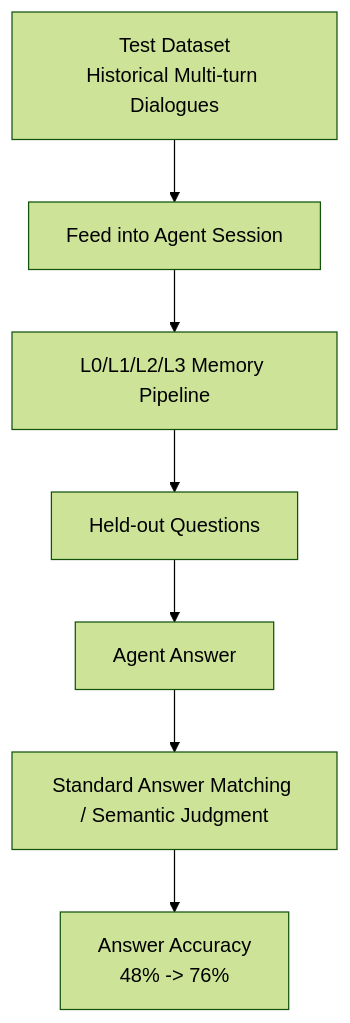
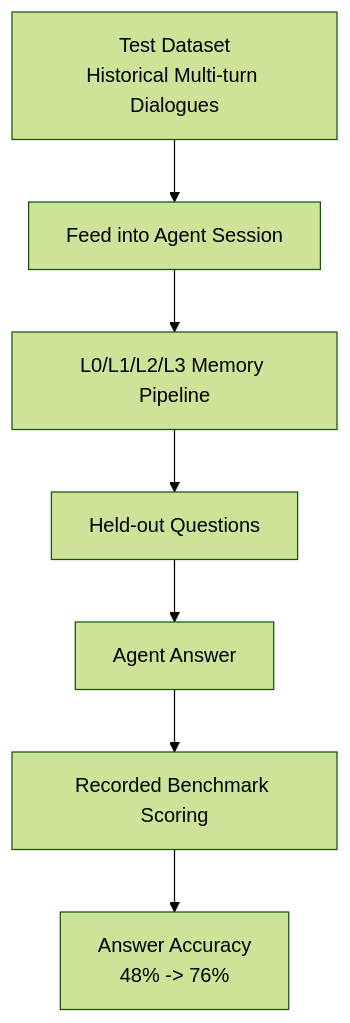
The fifth of 20 diagrams in 问题/05-英文面试/三项目与Agent系统设计-英文.md (PorunC/interview), drawn with Mermaid (forest theme) before and after one commit. The commit also changed other lines of this file and 27 other files, not shown here.

````diff
--- a/问题/05-英文面试/三项目与Agent系统设计-英文.md
+++ b/问题/05-英文面试/三项目与Agent系统设计-英文.md
@@ -212,9 +212,9 @@
 ```mermaid
 flowchart TD
     D["Test Dataset<br/>Historical Multi-turn Dialogues"] --> Ingest["Feed into Agent Session"]
     Ingest --> Pipe["L0/L1/L2/L3 Memory Pipeline"]
     Pipe --> Q["Held-out Questions"]
     Q --> Ans["Agent Answer"]
-    Ans --> Judge["Standard Answer Matching / Semantic Judgment"]
+    Ans --> Judge["Recorded Benchmark Scoring"]
     Judge --> Acc["Answer Accuracy<br/>48% -> 76%"]
 ```
````
